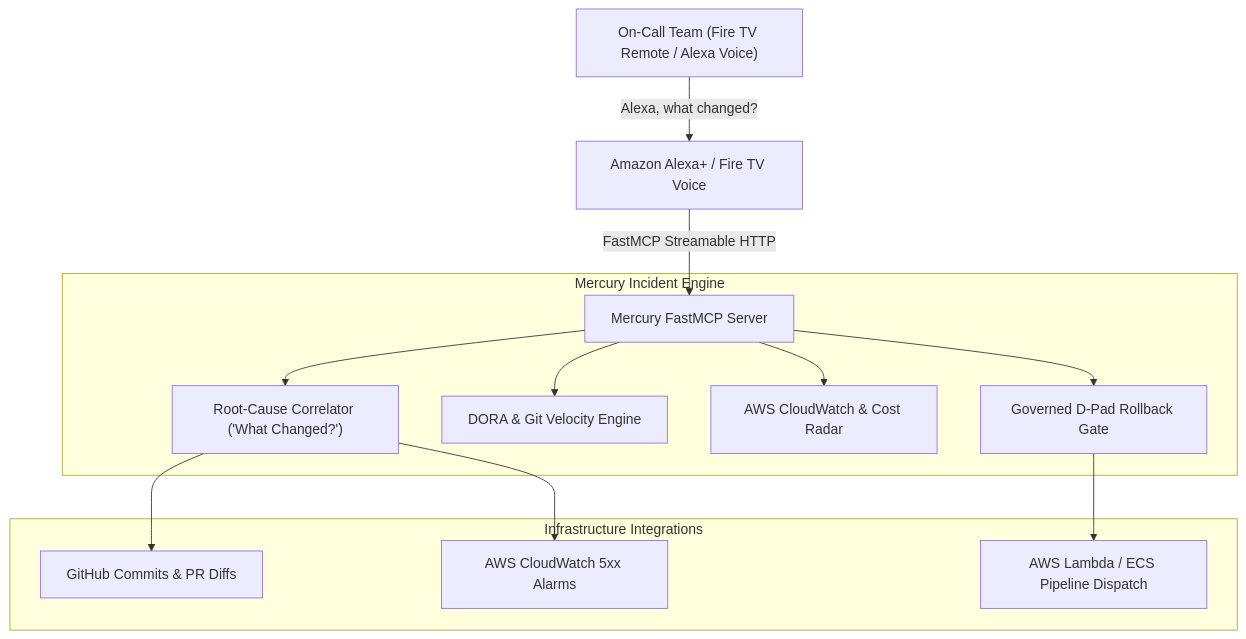
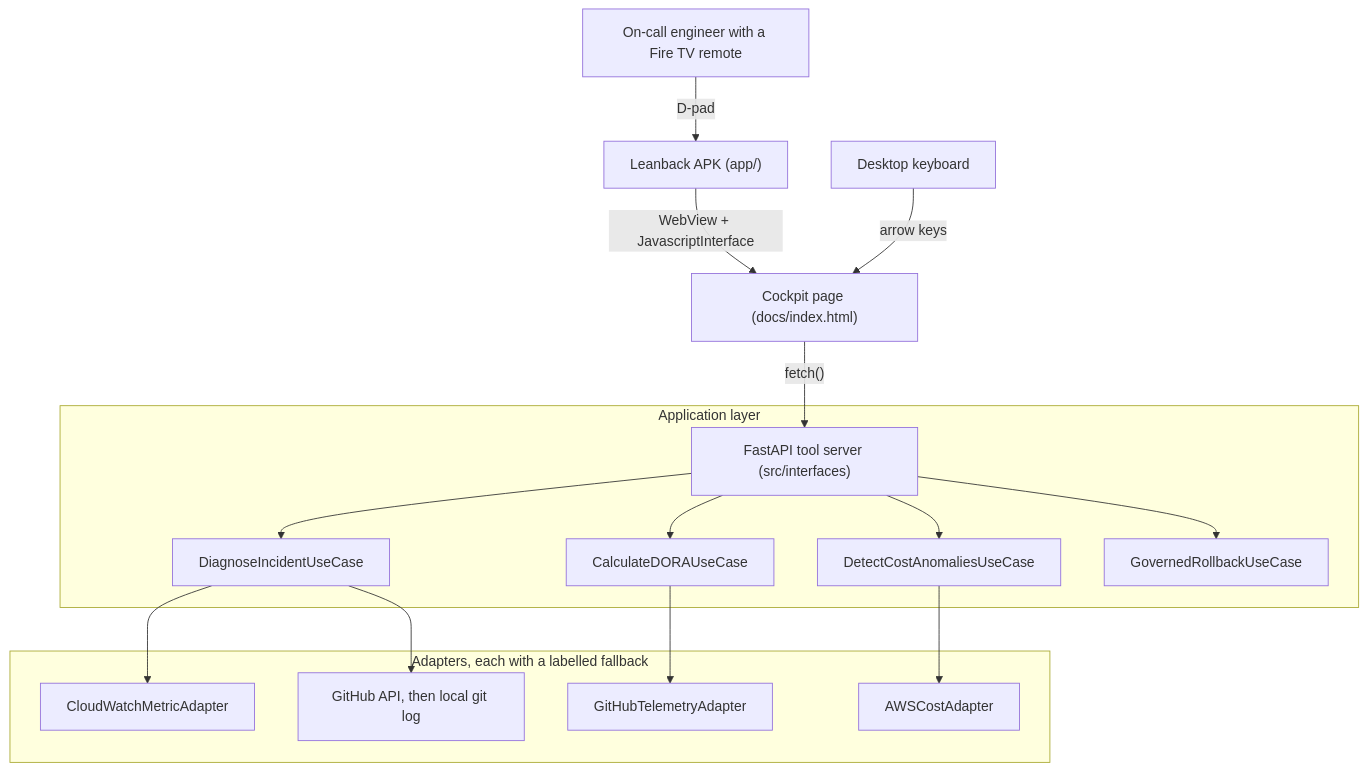
The first of 2 diagrams in README.md (upgradedev/mercury_amazon), drawn with Mermaid before and after one commit. The commit also changed other lines of this file and 22 other files, not shown here.

````diff
--- a/README.md
+++ b/README.md
@@ -49,18 +98,21 @@
 ```mermaid
 graph TD
-    WarRoom["On-Call Team (Fire TV Remote / Alexa Voice)"] -->|"Alexa, what changed?"| Alexa["Amazon Alexa+ / Fire TV Voice"]
-    Alexa -->|"FastMCP Streamable HTTP"| MercuryMCP["Mercury FastMCP Server"]
-    
-    subgraph "Mercury Incident Engine"
-        MercuryMCP --> WhatChanged["Root-Cause Correlator ('What Changed?')"]
-        MercuryMCP --> DORAModule["DORA & Git Velocity Engine"]
-        MercuryMCP --> CostModule["AWS CloudWatch & Cost Radar"]
-        MercuryMCP --> GovModule["Governed D-Pad Rollback Gate"]
+    Remote["On-call engineer with a Fire TV remote"] -->|D-pad| APK["Leanback APK (app/)"]
+    APK -->|WebView + JavascriptInterface| Cockpit["Cockpit page (docs/index.html)"]
+    Keyboard["Desktop keyboard"] -->|arrow keys| Cockpit
+    Cockpit -->|"fetch()"| Server["FastAPI tool server (src/interfaces)"]
+
+    subgraph "Application layer"
+        Server --> Diagnose["DiagnoseIncidentUseCase"]
+        Server --> Dora["CalculateDORAUseCase"]
+        Server --> Cost["DetectCostAnomaliesUseCase"]
+        Server --> Rollback["GovernedRollbackUseCase"]
     end
-    
-    subgraph "Infrastructure Integrations"
-        WhatChanged --> GitHub["GitHub Commits & PR Diffs"]
-        WhatChanged --> CloudWatch["AWS CloudWatch 5xx Alarms"]
-        GovModule --> Lambda["AWS Lambda / ECS Pipeline Dispatch"]
+
+    subgraph "Adapters, each with a labelled fallback"
+        Diagnose --> CW["CloudWatchMetricAdapter"]
+        Diagnose --> Git["GitHub API, then local git log"]
+        Dora --> GH["GitHubTelemetryAdapter"]
+        Cost --> CE["AWSCostAdapter"]
     end
 ```
````
